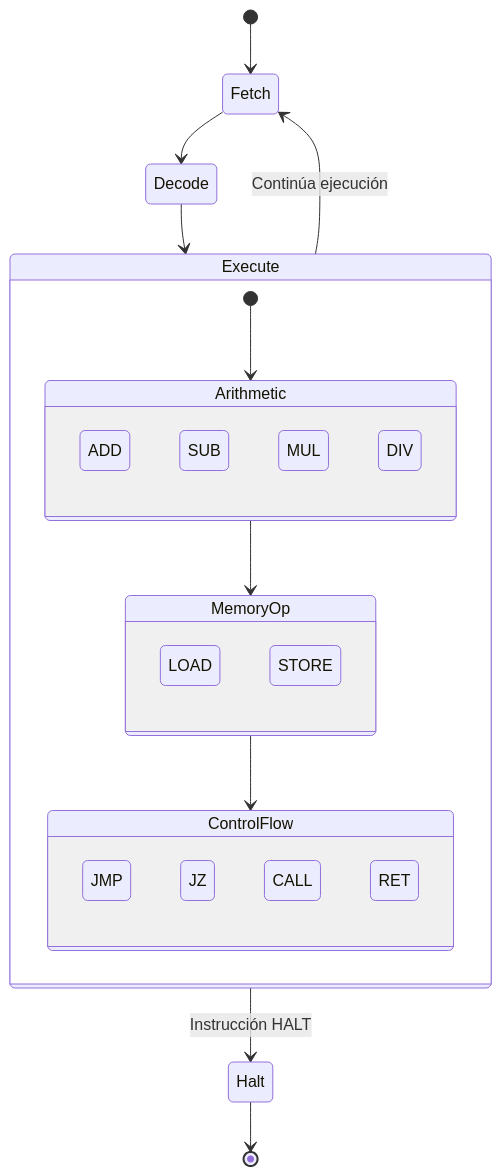
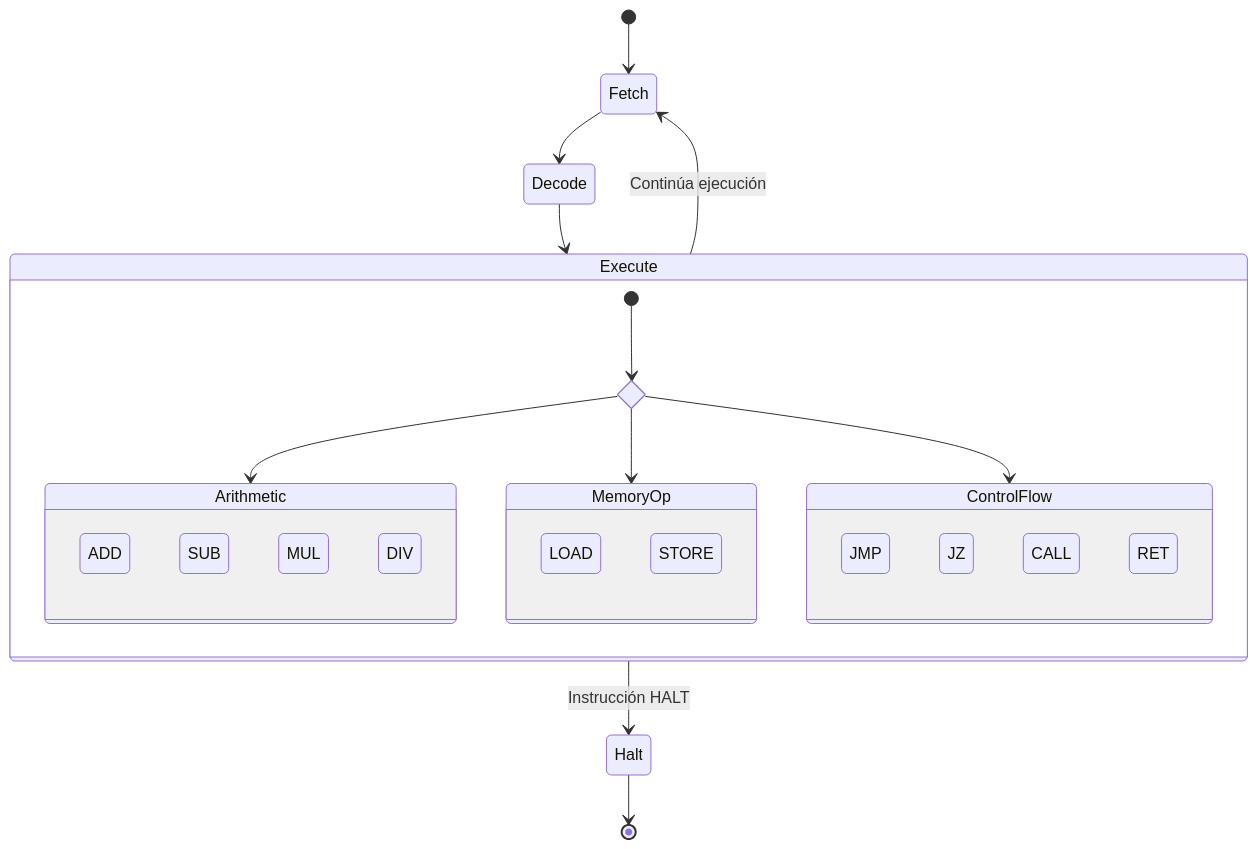
The second of 2 diagrams in public/documents/semester-3/3/3371.md (djaimej/computer-science-template), drawn with Mermaid before and after one commit. The commit also changed other lines of this file and 8 other files, not shown here.

````diff
--- a/public/documents/semester-3/3/3371.md
+++ b/public/documents/semester-3/3/3371.md
@@ -282,34 +386,36 @@
 ```mermaid
 stateDiagram-v2
     [*] --> Fetch
     Fetch --> Decode
     Decode --> Execute
     Execute --> Fetch : Continúa ejecución
     Execute --> Halt : Instrucción HALT
     Halt --> [*]
 
     state Execute {
-        [*] --> Arithmetic
-        Arithmetic --> MemoryOp
-        MemoryOp --> ControlFlow
+        state tipo <<choice>>
+        [*] --> tipo
+        tipo --> Arithmetic
+        tipo --> MemoryOp
+        tipo --> ControlFlow
 
         state Arithmetic {
             ADD
             SUB
             MUL
             DIV
         }
 
         state MemoryOp {
             LOAD
             STORE
         }
 
         state ControlFlow {
             JMP
             JZ
             CALL
             RET
         }
     }
 ```
````
